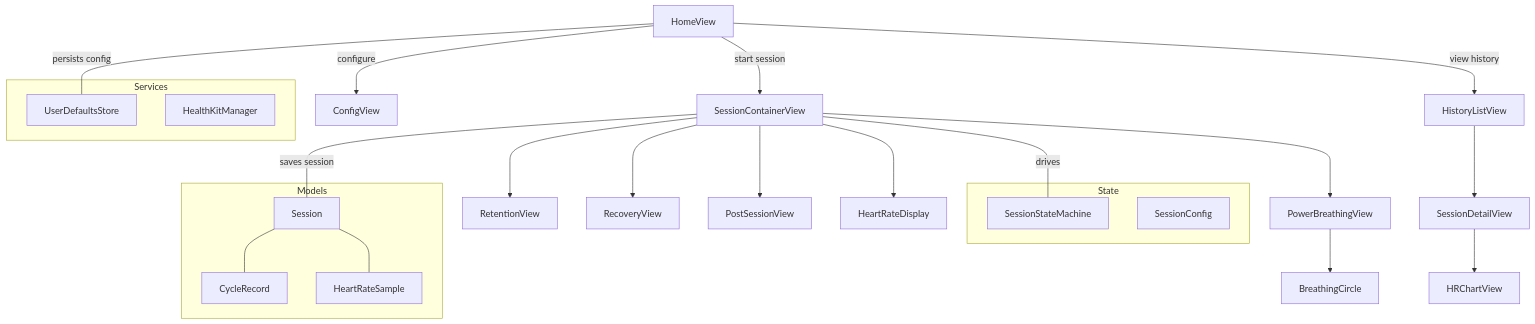
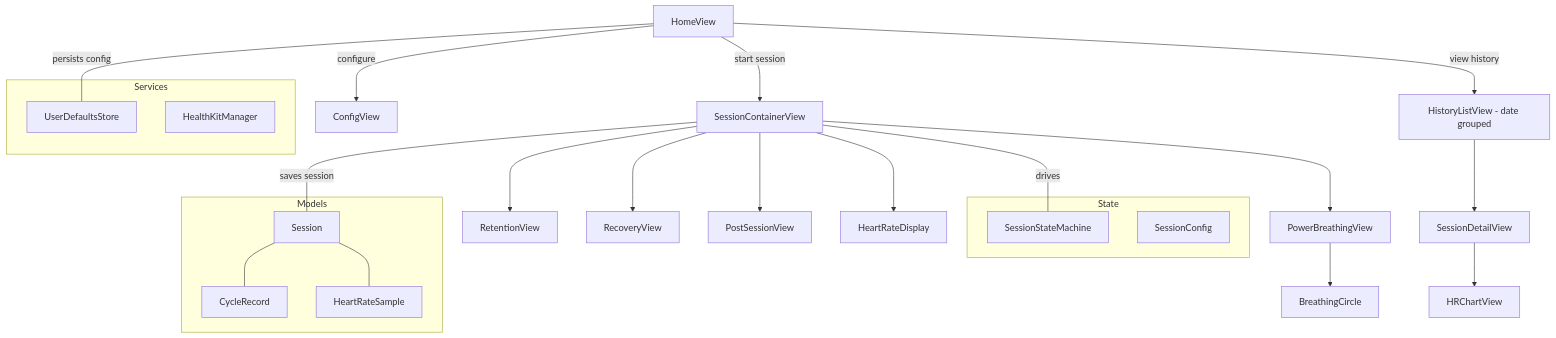
The first of 5 diagrams in README.md (pedro-esteves-pinto/WHAT), drawn with Mermaid before and after one commit. The commit also changed other lines of this file and 10 other files, not shown here.

First line of the commit message:
Add Phase 3: date-grouped history, session deletion, and signing fixes

````diff
--- a/README.md
+++ b/README.md
@@ -14,39 +14,39 @@
 ```mermaid
 graph TD
     A[HomeView] -->|configure| B[ConfigView]
     A -->|start session| C[SessionContainerView]
-    A -->|view history| D[HistoryListView]
+    A -->|view history| D[HistoryListView - date grouped]
 
     C --> E[PowerBreathingView]
     C --> F[RetentionView]
     C --> G[RecoveryView]
     C --> H[PostSessionView]
 
     E --> I[BreathingCircle]
     C --> J[HeartRateDisplay]
 
     D --> K[SessionDetailView]
     K --> L[HRChartView]
 
     subgraph State
         M[SessionStateMachine]
         N[SessionConfig]
     end
 
     subgraph Services
         O[UserDefaultsStore]
         P[HealthKitManager]
     end
 
     subgraph Models
         Q[Session]
         R[CycleRecord]
         S[HeartRateSample]
     end
 
     C ---|drives| M
     A ---|persists config| O
     C ---|saves session| Q
     Q --- R
     Q --- S
 ```
````
